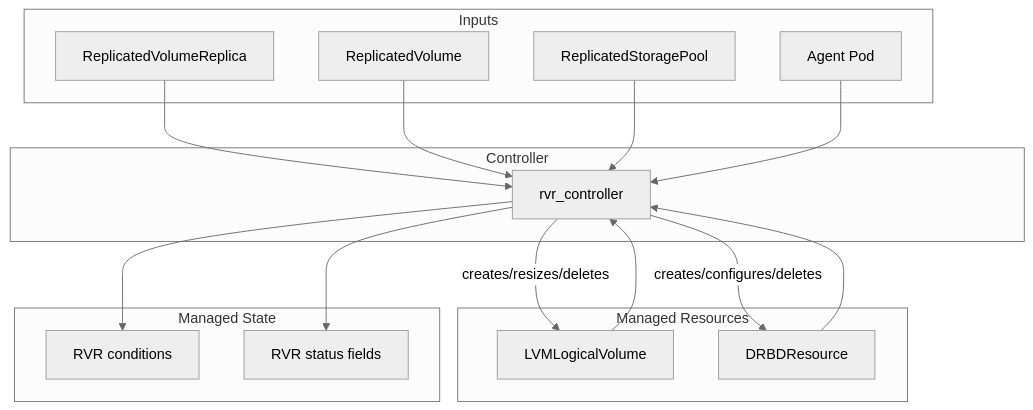
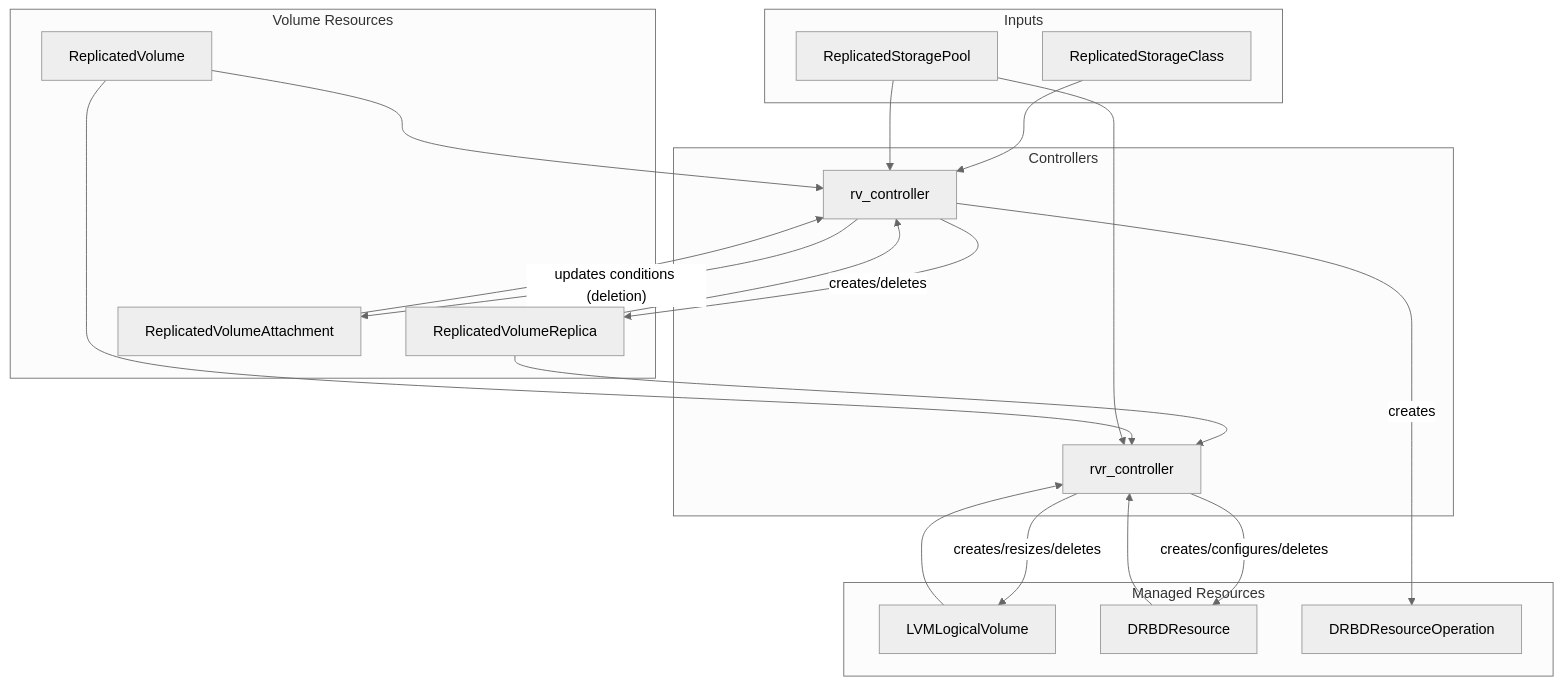
One commit to deckhouse/sds-replicated-volume changed the second of 2 diagrams in images/controller/README.md. Above: the diagram before and after it, drawn with Mermaid (neutral theme). The commit also changed other lines of this file and 20 other files, not shown here.

````diff
--- a/images/controller/README.md
+++ b/images/controller/README.md
@@ -75,34 +78,41 @@
 ```mermaid
 flowchart TB
     subgraph inputs [Inputs]
-        RVR[ReplicatedVolumeReplica]
-        RV[ReplicatedVolume]
+        RSC[ReplicatedStorageClass]
         RSP[ReplicatedStoragePool]
-        AgentPod[Agent Pod]
     end
 
-    subgraph controller [Controller]
+    subgraph volumeResources [Volume Resources]
+        RV[ReplicatedVolume]
+        RVR[ReplicatedVolumeReplica]
+        RVA[ReplicatedVolumeAttachment]
+    end
+
+    subgraph controllers [Controllers]
+        RVCtrl[rv_controller]
         RVRCtrl[rvr_controller]
     end
 
     subgraph managed [Managed Resources]
         LLV[LVMLogicalVolume]
         DRBDR[DRBDResource]
+        DRBDROp[DRBDResourceOperation]
     end
 
-    subgraph status [Managed State]
-        Conditions[RVR conditions]
-        StatusFields[RVR status fields]
-    end
+    RSC --> RVCtrl
+    RSP --> RVCtrl
+    RV --> RVCtrl
+    RVR --> RVCtrl
+    RVA --> RVCtrl
+    RVCtrl -->|creates/deletes| RVR
+    RVCtrl -->|creates| DRBDROp
+    RVCtrl -->|"updates conditions (deletion)"| RVA
 
     RVR --> RVRCtrl
     RV --> RVRCtrl
     RSP --> RVRCtrl
-    AgentPod --> RVRCtrl
     LLV --> RVRCtrl
     DRBDR --> RVRCtrl
     RVRCtrl -->|creates/resizes/deletes| LLV
     RVRCtrl -->|creates/configures/deletes| DRBDR
-    RVRCtrl --> Conditions
-    RVRCtrl --> StatusFields
 ```
````
